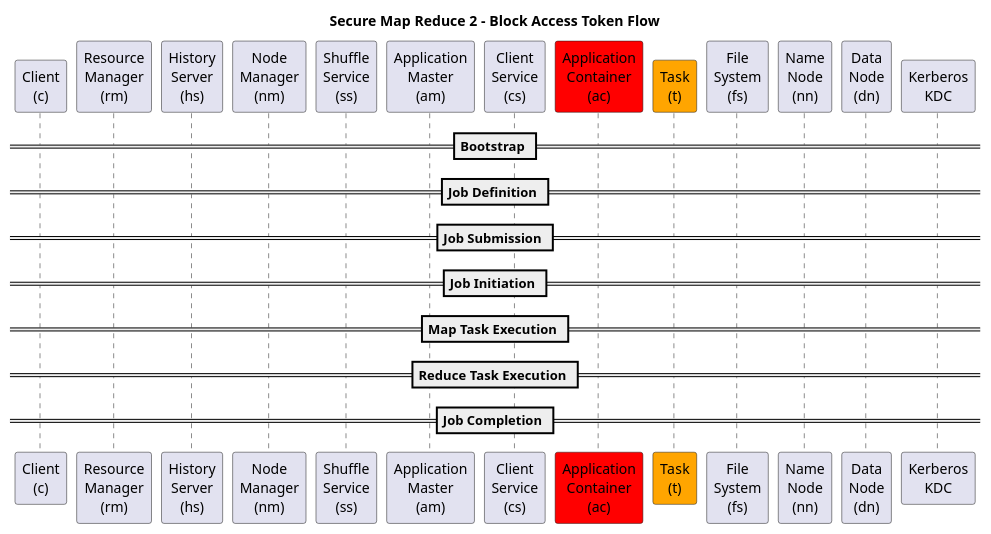
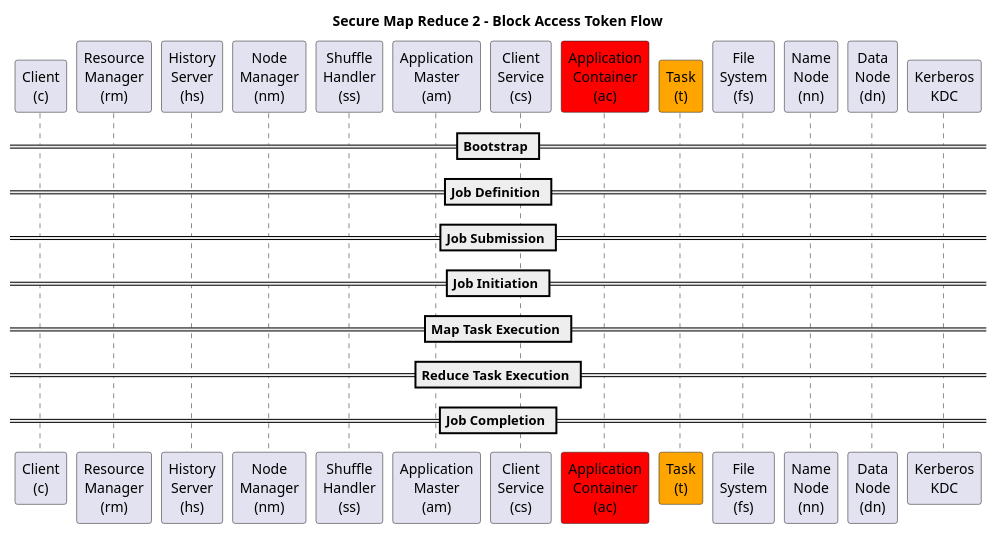
The diagram in hadoop/src/mr2/secure-mapreduce2-15-nn-dt.puml (kminder/puml), drawn with PlantUML before and after one commit. The commit also changed 37 other files, not shown here.

```diff
--- a/hadoop/src/mr2/secure-mapreduce2-15-nn-dt.puml
+++ b/hadoop/src/mr2/secure-mapreduce2-15-nn-dt.puml
@@ -1,36 +1,36 @@
 @startuml
 title Secure Map Reduce 2 - Block Access Token Flow
 autonumber
 'hide footbox
 
 participant "Client\n(c)" as C
 participant "Resource\nManager\n(rm)" as RM
 participant "History\nServer\n(hs)" as HS
 participant "Node\nManager\n(nm)" as NM
-participant "Shuffle\nService\n(ss)" as SS
+participant "Shuffle\nHandler\n(ss)" as SS
 participant "Application\nMaster\n(am)" as AM
 participant "Client\nService\n(cs)" as CS
 participant "Application\nContainer\n(ac)" as AC #red
 participant "Task\n(t)" as T #orange
 participant "File\nSystem\n(fs)" as FS
 participant "Name\nNode\n(nn)" as NN
 participant "Data\nNode\n(dn)" as DN
 participant "Kerberos\nKDC" as KDC
 
 'note over C,DN #green: QUESTION ?
 
 == Bootstrap ==
 
 == Job Definition ==
 
 == Job Submission ==
 
 == Job Initiation ==
 
 == Map Task Execution ==
 
 == Reduce Task Execution ==
 
 == Job Completion ==
 
 @enduml
```
